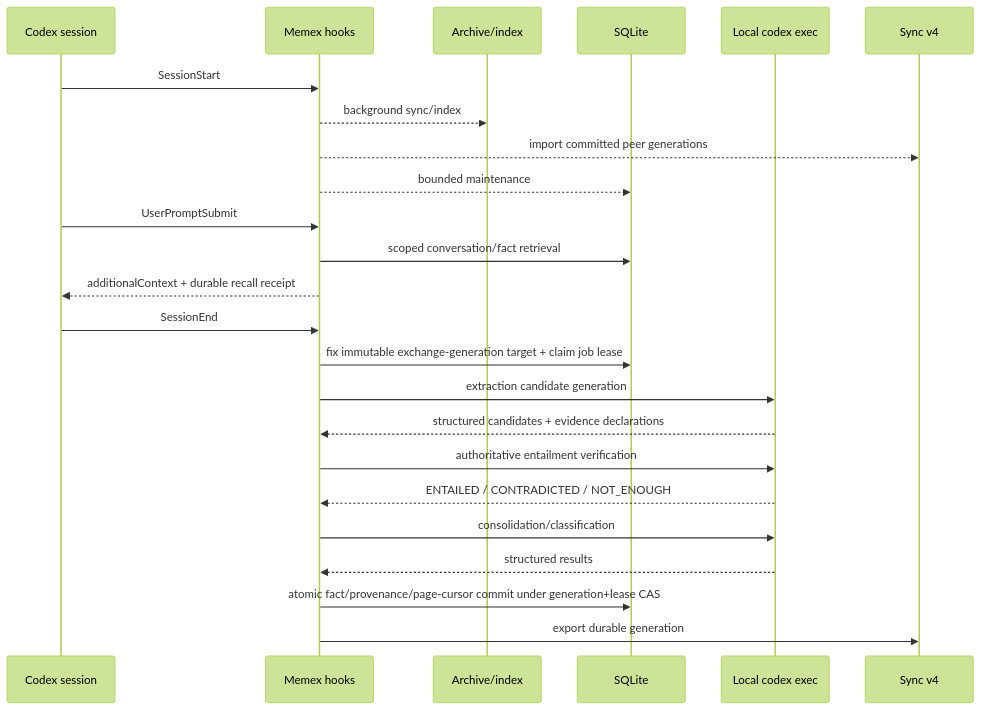
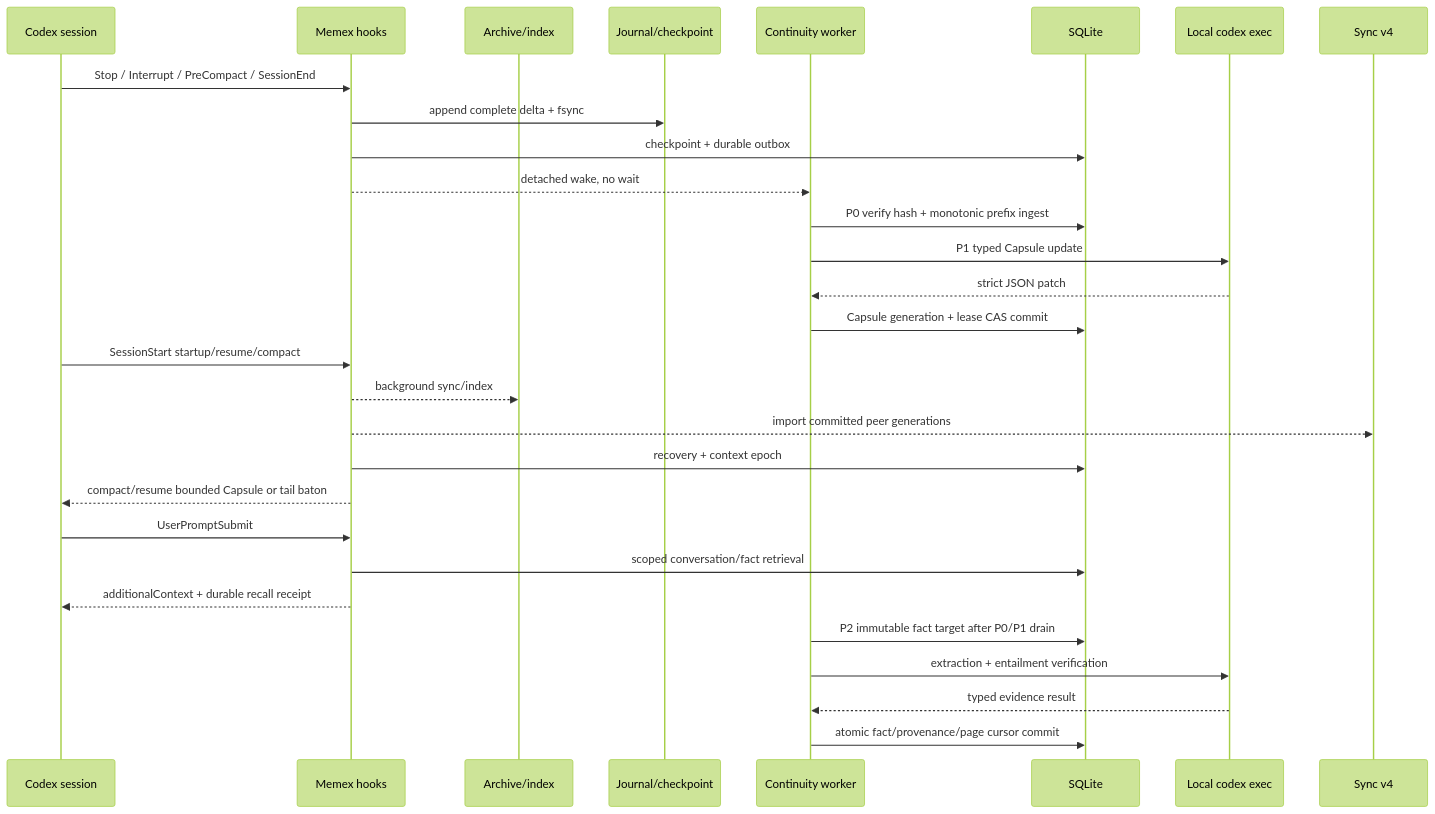
The second of 2 diagrams in docs/ARCHITECTURE.md (BongSuCHOI/memex), drawn with Mermaid (forest theme) before and after one commit. The commit also changed other lines of this file and 63 other files, not shown here.

````diff
--- a/docs/ARCHITECTURE.md
+++ b/docs/ARCHITECTURE.md
@@ -162,29 +166,35 @@
 ```mermaid
 sequenceDiagram
     participant C as Codex session
     participant H as Memex hooks
     participant A as Archive/index
+    participant J as Journal/checkpoint
+    participant W as Continuity worker
     participant D as SQLite
     participant L as Local codex exec
     participant S as Sync v4
 
-    C->>H: SessionStart
+    C->>H: Stop / Interrupt / PreCompact / SessionEnd
+    H->>J: append complete delta + fsync
+    H->>D: checkpoint + durable outbox
+    H-->>W: detached wake, no wait
+    W->>D: P0 verify hash + monotonic prefix ingest
+    W->>L: P1 typed Capsule update
+    L-->>W: strict JSON patch
+    W->>D: Capsule generation + lease CAS commit
+
+    C->>H: SessionStart startup/resume/compact
     H-->>A: background sync/index
     H-->>S: import committed peer generations
-    H-->>D: bounded maintenance
+    H->>D: recovery + context epoch
+    H-->>C: compact/resume bounded Capsule or tail baton
 
     C->>H: UserPromptSubmit
     H->>D: scoped conversation/fact retrieval
     H-->>C: additionalContext + durable recall receipt
 
-    C->>H: SessionEnd
-    H->>D: fix immutable exchange-generation target + claim job lease
-    H->>L: extraction candidate generation
-    L-->>H: structured candidates + evidence declarations
-    H->>L: authoritative entailment verification
-    L-->>H: ENTAILED / CONTRADICTED / NOT_ENOUGH
-    H->>L: consolidation/classification
-    L-->>H: structured results
-    H->>D: atomic fact/provenance/page-cursor commit under generation+lease CAS
-    H->>S: export durable generation
+    W->>D: P2 immutable fact target after P0/P1 drain
+    W->>L: extraction + entailment verification
+    L-->>W: typed evidence result
+    W->>D: atomic fact/provenance/page cursor commit
 ```
````
